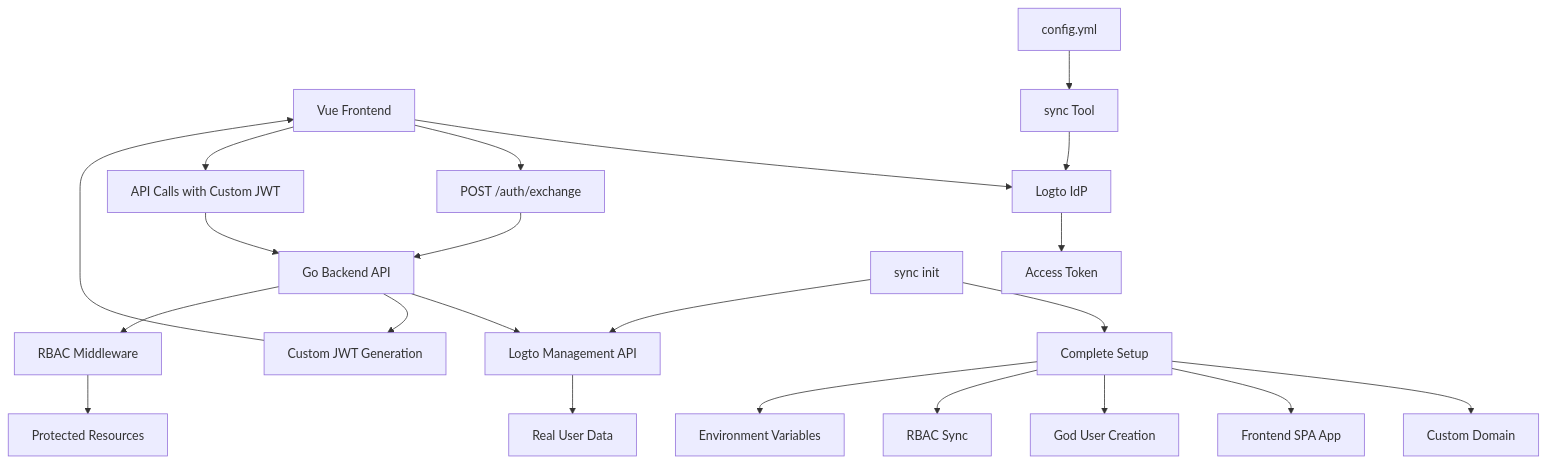
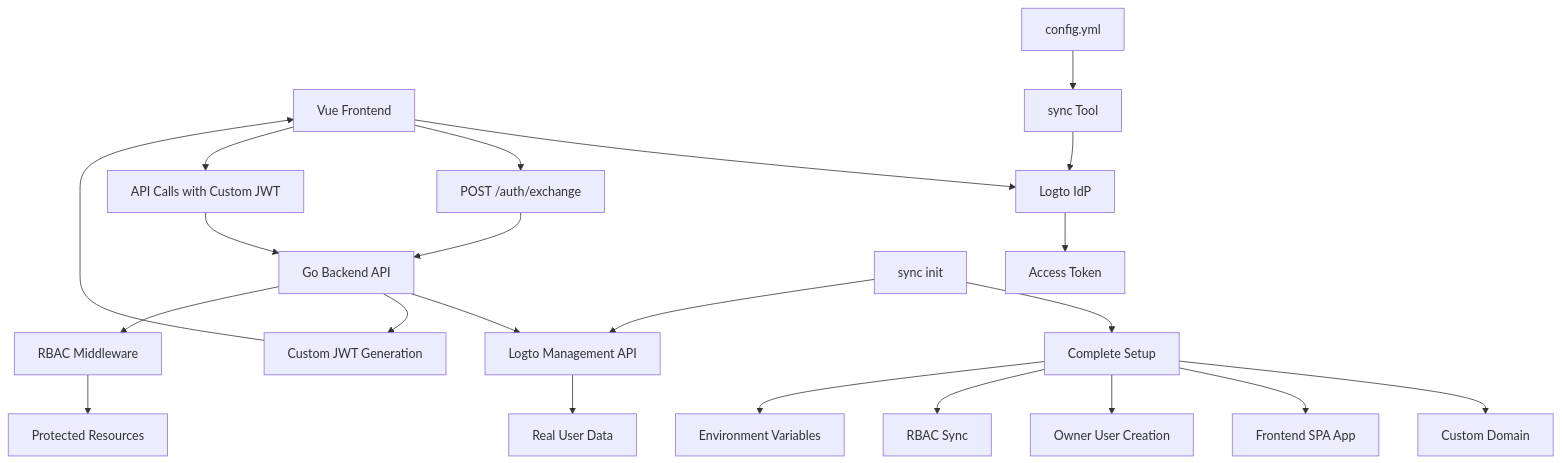
One commit to NethServer/my changed the first of 4 diagrams in DESIGN.md. Above: the diagram before and after it, drawn with Mermaid. The commit also changed other lines of this file and 20 other files, not shown here.

Commit message:
chore: refactor move from god to owner

````diff
--- a/DESIGN.md
+++ b/DESIGN.md
@@ -9,26 +9,26 @@
 ```mermaid
 graph TB
     A[Vue Frontend] --> B[Logto IdP]
     B --> C[Access Token]
     A --> D[POST /auth/exchange]
     D --> E[Go Backend API]
     E --> F[Logto Management API]
     F --> G[Real User Data]
     E --> H[Custom JWT Generation]
     H --> A
     A --> I[API Calls with Custom JWT]
     I --> E
     E --> J[RBAC Middleware]
     J --> K[Protected Resources]
 
     L[config.yml] --> M[sync Tool]
     M --> B
 
     N[sync init] --> O[Complete Setup]
     O --> P[Custom Domain]
     O --> Q[Frontend SPA App]
-    O --> R[God User Creation]
+    O --> R[Owner User Creation]
     O --> S[RBAC Sync]
     O --> T[Environment Variables]
     N --> F
 ```
````
